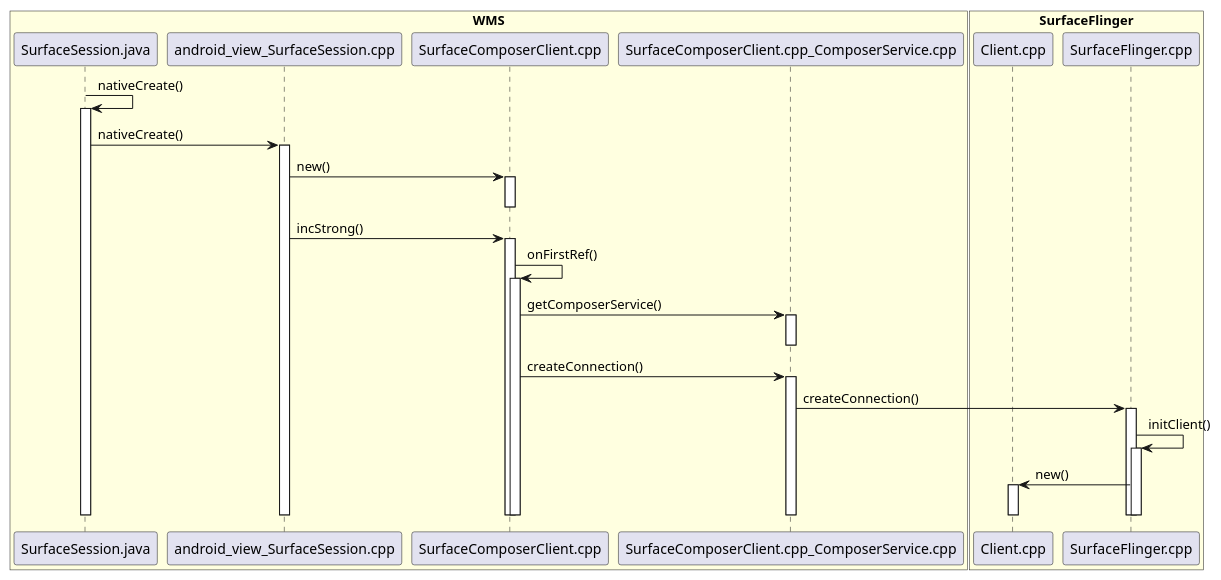
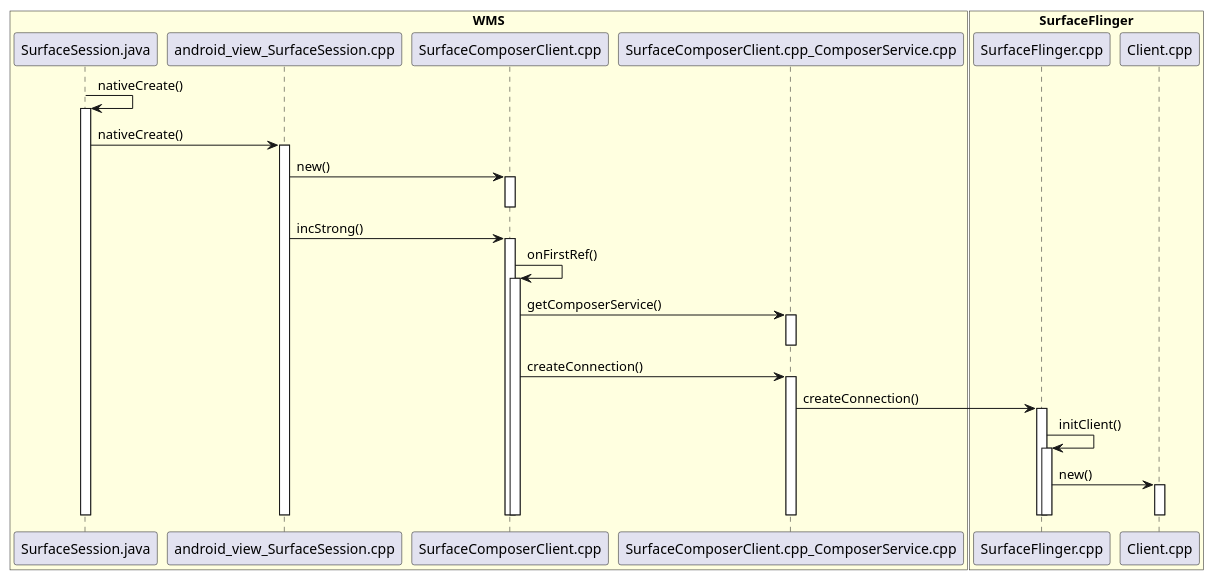
The diagram in android11/addwindow/AddWindow_2.1.1.1.puml (javalive09/UML), drawn with PlantUML before and after one commit. The commit also changed other lines of this file and 83 other files, not shown here.

Commit message:
update uml

```diff
--- a/android11/addwindow/AddWindow_2.1.1.1.puml
+++ b/android11/addwindow/AddWindow_2.1.1.1.puml
@@ -1,62 +1,62 @@
 @startuml
 
 box "WMS" #LightYellow
 participant SurfaceSession.java
 participant android_view_SurfaceSession.cpp
 participant SurfaceComposerClient.cpp
 participant SurfaceComposerClient.cpp_ComposerService.cpp
 end box
 
 box "SurfaceFlinger" #LightYellow
+participant SurfaceFlinger.cpp
 participant Client.cpp
-participant SurfaceFlinger.cpp
 end box
 
 SurfaceSession.java -> SurfaceSession.java:nativeCreate()
 activate SurfaceSession.java
 
 SurfaceSession.java -> android_view_SurfaceSession.cpp:nativeCreate()
 activate android_view_SurfaceSession.cpp
 
 android_view_SurfaceSession.cpp -> SurfaceComposerClient.cpp:new()
 activate SurfaceComposerClient.cpp
 deactivate SurfaceComposerClient.cpp
 
 android_view_SurfaceSession.cpp -> SurfaceComposerClient.cpp:incStrong()
 activate SurfaceComposerClient.cpp
 SurfaceComposerClient.cpp -> SurfaceComposerClient.cpp:onFirstRef()
 activate SurfaceComposerClient.cpp
 
 SurfaceComposerClient.cpp -> SurfaceComposerClient.cpp_ComposerService.cpp:getComposerService()
 activate SurfaceComposerClient.cpp_ComposerService.cpp
 deactivate SurfaceComposerClient.cpp_ComposerService.cpp
 SurfaceComposerClient.cpp -> SurfaceComposerClient.cpp_ComposerService.cpp:createConnection()
 activate SurfaceComposerClient.cpp_ComposerService.cpp
 
 SurfaceComposerClient.cpp_ComposerService.cpp -> SurfaceFlinger.cpp:createConnection()
 activate SurfaceFlinger.cpp
 SurfaceFlinger.cpp -> SurfaceFlinger.cpp:initClient()
 activate SurfaceFlinger.cpp
 SurfaceFlinger.cpp -> Client.cpp:new()
 activate Client.cpp
 deactivate Client.cpp
 
 deactivate SurfaceFlinger.cpp
 deactivate SurfaceFlinger.cpp
 
 
 deactivate SurfaceComposerClient.cpp_ComposerService.cpp
 
 deactivate SurfaceComposerClient.cpp
 deactivate SurfaceComposerClient.cpp
 
 deactivate android_view_SurfaceSession.cpp
 
 deactivate SurfaceSession.java
 
 deactivate SurfaceSession.java
 
 
 
 
 @enduml
```
